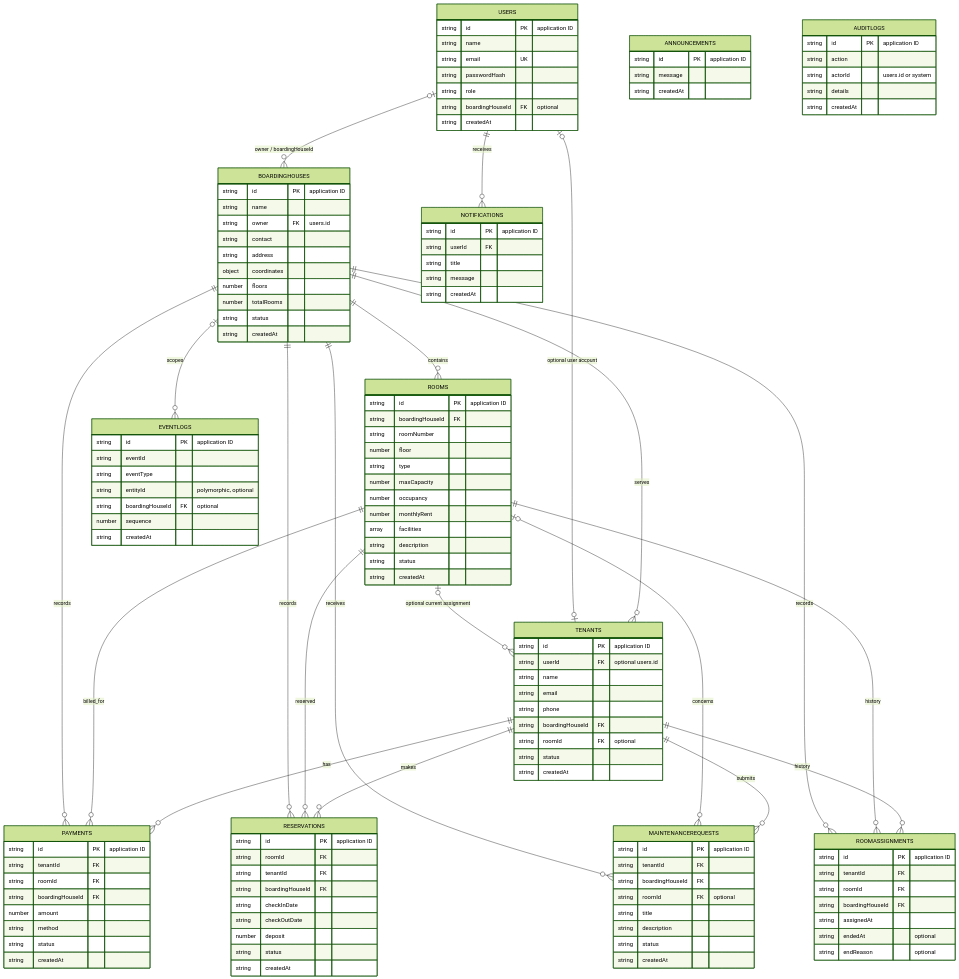
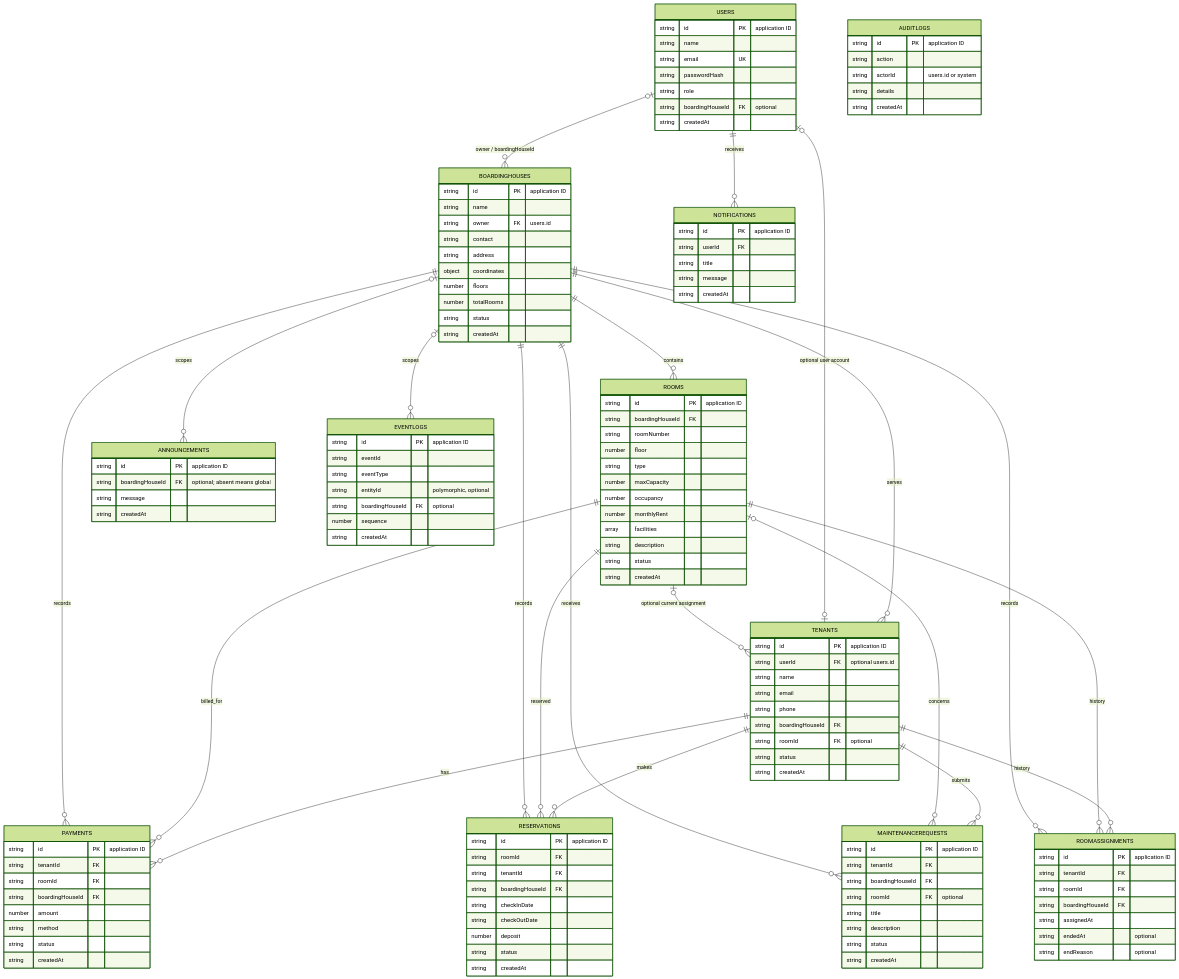
The diagram in server/mongodb/boards-erd.mmd (Pheww2x/Boards), drawn with Mermaid (forest theme) before and after one commit. The commit also changed 9 other files, not shown here.

```diff
--- a/server/mongodb/boards-erd.mmd
+++ b/server/mongodb/boards-erd.mmd
@@ -1,146 +1,148 @@
 erDiagram
     USERS {
         string id PK "application ID"
         string name
         string email UK
         string passwordHash
         string role
         string boardingHouseId FK "optional"
         string createdAt
     }
 
     BOARDINGHOUSES {
         string id PK "application ID"
         string name
         string owner FK "users.id"
         string contact
         string address
         object coordinates
         number floors
         number totalRooms
         string status
         string createdAt
     }
 
     ROOMS {
         string id PK "application ID"
         string boardingHouseId FK
         string roomNumber
         number floor
         string type
         number maxCapacity
         number occupancy
         number monthlyRent
         array facilities
         string description
         string status
         string createdAt
     }
 
     TENANTS {
         string id PK "application ID"
         string userId FK "optional users.id"
         string name
         string email
         string phone
         string boardingHouseId FK
         string roomId FK "optional"
         string status
         string createdAt
     }
 
     RESERVATIONS {
         string id PK "application ID"
         string roomId FK
         string tenantId FK
         string boardingHouseId FK
         string checkInDate
         string checkOutDate
         number deposit
         string status
         string createdAt
     }
 
     PAYMENTS {
         string id PK "application ID"
         string tenantId FK
         string roomId FK
         string boardingHouseId FK
         number amount
         string method
         string status
         string createdAt
     }
 
     MAINTENANCEREQUESTS {
         string id PK "application ID"
         string tenantId FK
         string boardingHouseId FK
         string roomId FK "optional"
         string title
         string description
         string status
         string createdAt
     }
 
     ROOMASSIGNMENTS {
         string id PK "application ID"
         string tenantId FK
         string roomId FK
         string boardingHouseId FK
         string assignedAt
         string endedAt "optional"
         string endReason "optional"
     }
 
     NOTIFICATIONS {
         string id PK "application ID"
         string userId FK
         string title
         string message
         string createdAt
     }
 
     ANNOUNCEMENTS {
         string id PK "application ID"
+        string boardingHouseId FK "optional; absent means global"
         string message
         string createdAt
     }
 
     EVENTLOGS {
         string id PK "application ID"
         string eventId
         string eventType
         string entityId "polymorphic, optional"
         string boardingHouseId FK "optional"
         number sequence
         string createdAt
     }
 
     AUDITLOGS {
         string id PK "application ID"
         string action
         string actorId "users.id or system"
         string details
         string createdAt
     }
 
     USERS o|--o{ BOARDINGHOUSES : "owner / boardingHouseId"
     BOARDINGHOUSES ||--o{ ROOMS : contains
     BOARDINGHOUSES ||--o{ TENANTS : serves
     USERS o|--o| TENANTS : "optional user account"
     ROOMS o|--o{ TENANTS : "optional current assignment"
     TENANTS ||--o{ PAYMENTS : has
     ROOMS ||--o{ PAYMENTS : billed_for
     BOARDINGHOUSES ||--o{ PAYMENTS : records
     TENANTS ||--o{ RESERVATIONS : makes
     ROOMS ||--o{ RESERVATIONS : reserved
     BOARDINGHOUSES ||--o{ RESERVATIONS : records
     TENANTS ||--o{ MAINTENANCEREQUESTS : submits
     ROOMS o|--o{ MAINTENANCEREQUESTS : concerns
     BOARDINGHOUSES ||--o{ MAINTENANCEREQUESTS : receives
     TENANTS ||--o{ ROOMASSIGNMENTS : history
     ROOMS ||--o{ ROOMASSIGNMENTS : history
     BOARDINGHOUSES ||--o{ ROOMASSIGNMENTS : records
     USERS ||--o{ NOTIFICATIONS : receives
     BOARDINGHOUSES o|--o{ EVENTLOGS : scopes
+    BOARDINGHOUSES o|--o{ ANNOUNCEMENTS : scopes
```
